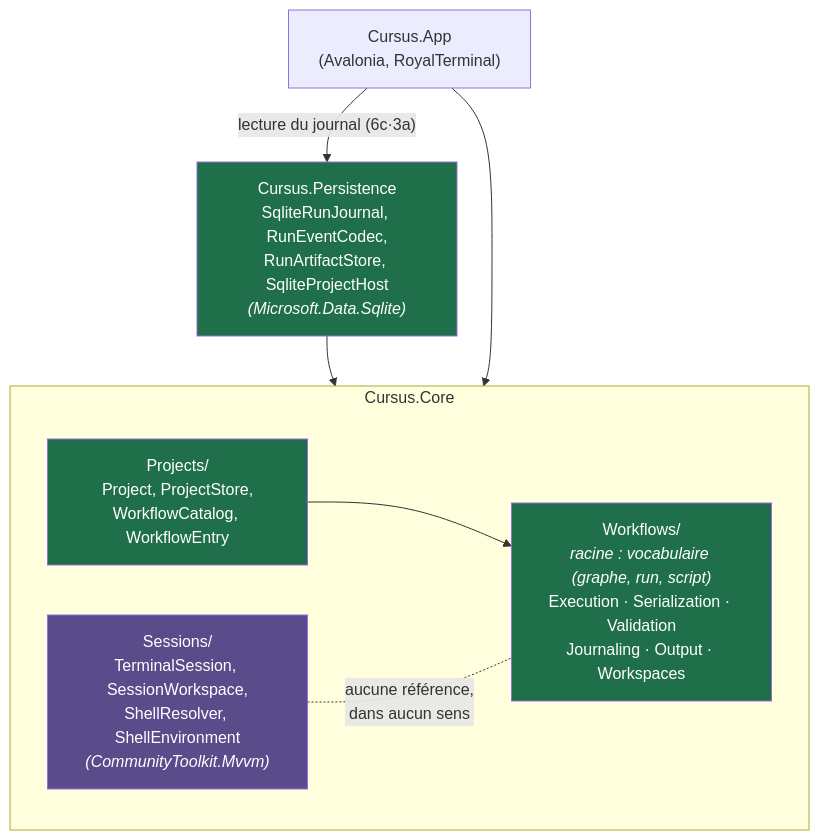
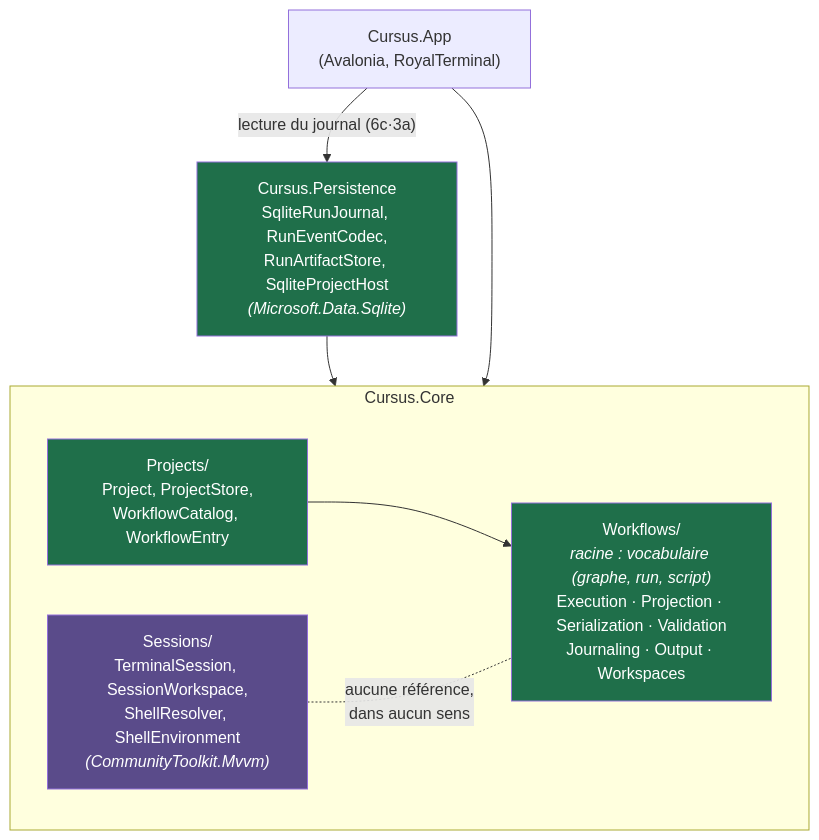
One commit to Apemb/Cursus changed the first of 4 diagrams in docs/design/architecture.md. Above: the diagram before and after it, drawn with Mermaid. The commit also changed other lines of this file and 1 other file, not shown here.

````diff
--- a/docs/design/architecture.md
+++ b/docs/design/architecture.md
@@ -55,18 +55,18 @@
 ```mermaid
 graph TD
     subgraph CoreLib["Cursus.Core"]
         Sessions["Sessions/<br/>TerminalSession, SessionWorkspace,<br/>ShellResolver, ShellEnvironment<br/><i>(CommunityToolkit.Mvvm)</i>"]
-        Workflows["Workflows/<br/><i>racine : vocabulaire (graphe, run, script)</i><br/>Execution · Serialization · Validation<br/>Journaling · Output · Workspaces"]
+        Workflows["Workflows/<br/><i>racine : vocabulaire (graphe, run, script)</i><br/>Execution · Projection · Serialization · Validation<br/>Journaling · Output · Workspaces"]
         Projects["Projects/<br/>Project, ProjectStore,<br/>WorkflowCatalog, WorkflowEntry"]
     end
     Projects --> Workflows
     Persistence["Cursus.Persistence<br/>SqliteRunJournal, RunEventCodec,<br/>RunArtifactStore, SqliteProjectHost<br/><i>(Microsoft.Data.Sqlite)</i>"] --> CoreLib
     App["Cursus.App<br/>(Avalonia, RoyalTerminal)"] --> CoreLib
     App -- "lecture du journal (6c·3a)" --> Persistence
     Sessions -. "aucune référence,<br/>dans aucun sens" .- Workflows
 
     style Workflows fill:#1f6f4a,color:#fff
     style Projects fill:#1f6f4a,color:#fff
     style Persistence fill:#1f6f4a,color:#fff
     style Sessions fill:#5a4b8a,color:#fff
 ```
````
